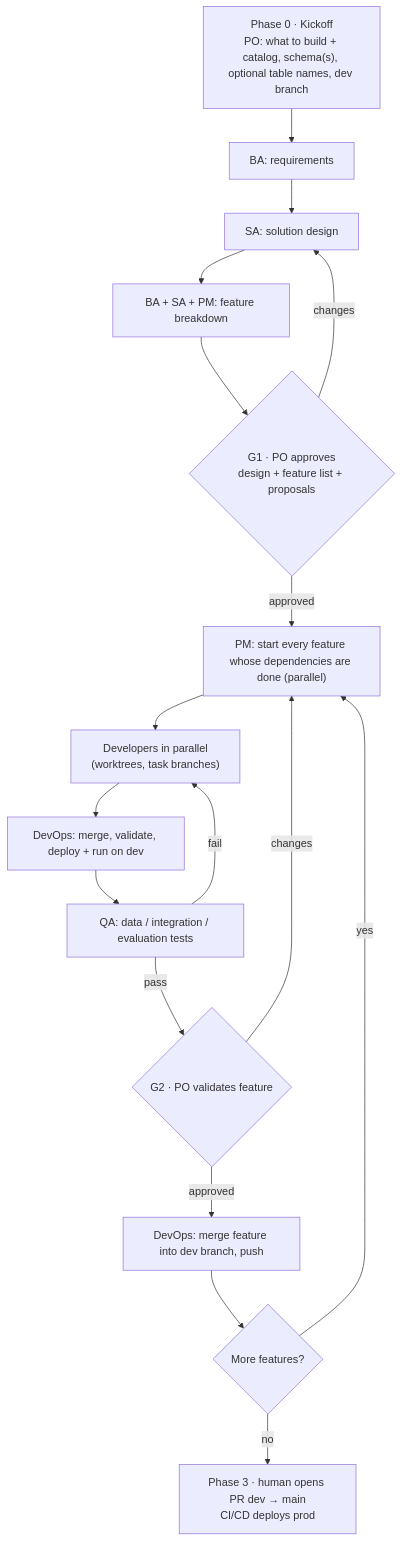
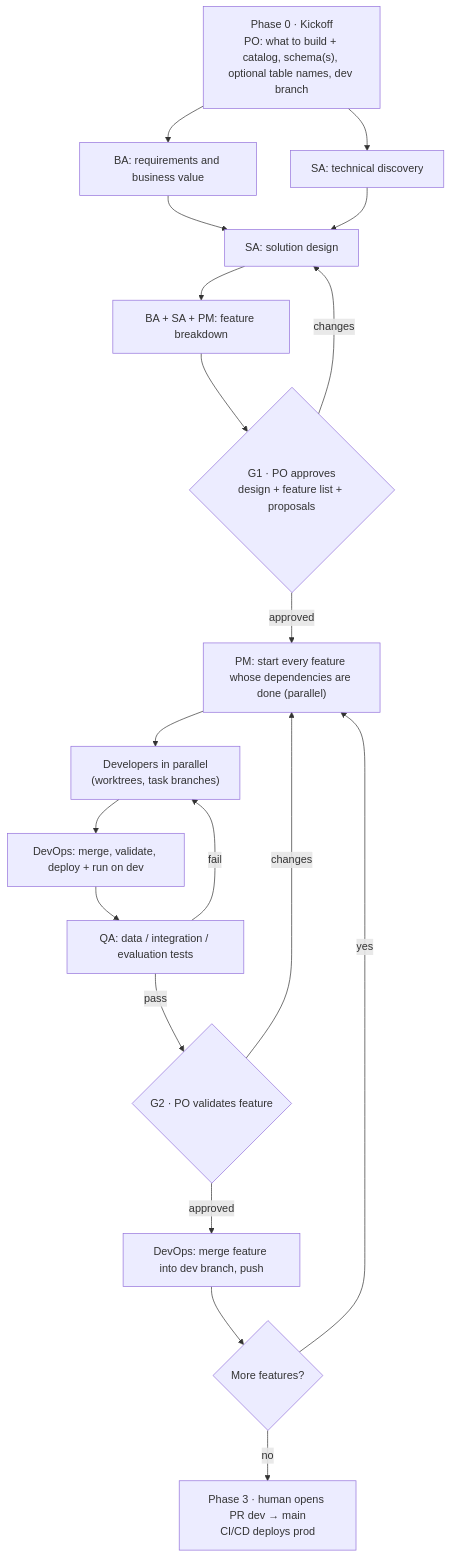
The diagram in docs/design.md (alessandro9110/deltaforce-ai), drawn with Mermaid before and after one commit. The commit also changed other lines of this file and 2 other files, not shown here.

Commit message:
feat: run requirements and technical discovery in parallel
After kickoff the PM delegates in the same message to the Business Analyst
(requirements, objectives, value) and to the Solution Architect (technical
discovery: data sources, workspace capabilities, architecture options).
Questions for the PO from both are asked in one round, then the SA designs
from requirements.md and discovery.md.

Claude-Session: https://claude.ai/code/session_01SiDoLe5a5FFyFaYLKSkwwf

````diff
--- a/docs/design.md
+++ b/docs/design.md
@@ -86,19 +86,21 @@
 ```mermaid
 flowchart TD
-  K["Phase 0 · Kickoff<br/>PO: what to build + catalog, schema(s), optional table names, dev branch"] --> R[BA: requirements]
+  K["Phase 0 · Kickoff<br/>PO: what to build + catalog, schema(s), optional table names, dev branch"] --> R[BA: requirements and business value]
+  K --> X[SA: technical discovery]
   R --> D[SA: solution design]
+  X --> D
   D --> B[BA + SA + PM: feature breakdown]
   B --> G1{"G1 · PO approves<br/>design + feature list + proposals"}
   G1 -- changes --> D
   G1 -- approved --> P["PM: start every feature whose dependencies are done (parallel)"]
   P --> W["Developers in parallel<br/>(worktrees, task branches)"]
   W --> I["DevOps: merge, validate, deploy + run on dev"]
   I --> Q["QA: data / integration / evaluation tests"]
   Q -- fail --> W
   Q -- pass --> G2{"G2 · PO validates feature"}
   G2 -- changes --> P
   G2 -- approved --> M[DevOps: merge feature into dev branch, push]
   M --> N{More features?}
   N -- yes --> P
   N -- no --> H["Phase 3 · human opens PR dev → main<br/>CI/CD deploys prod"]
 ```
````
